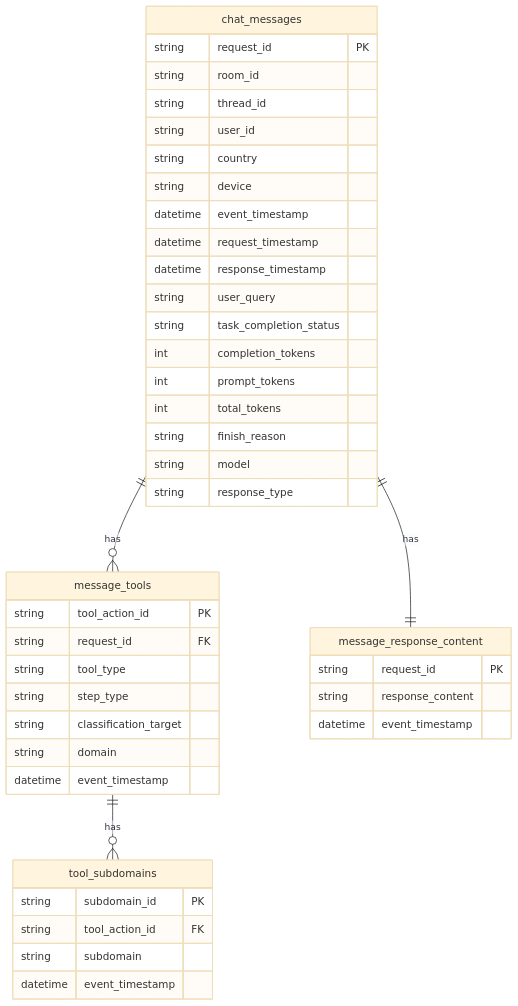
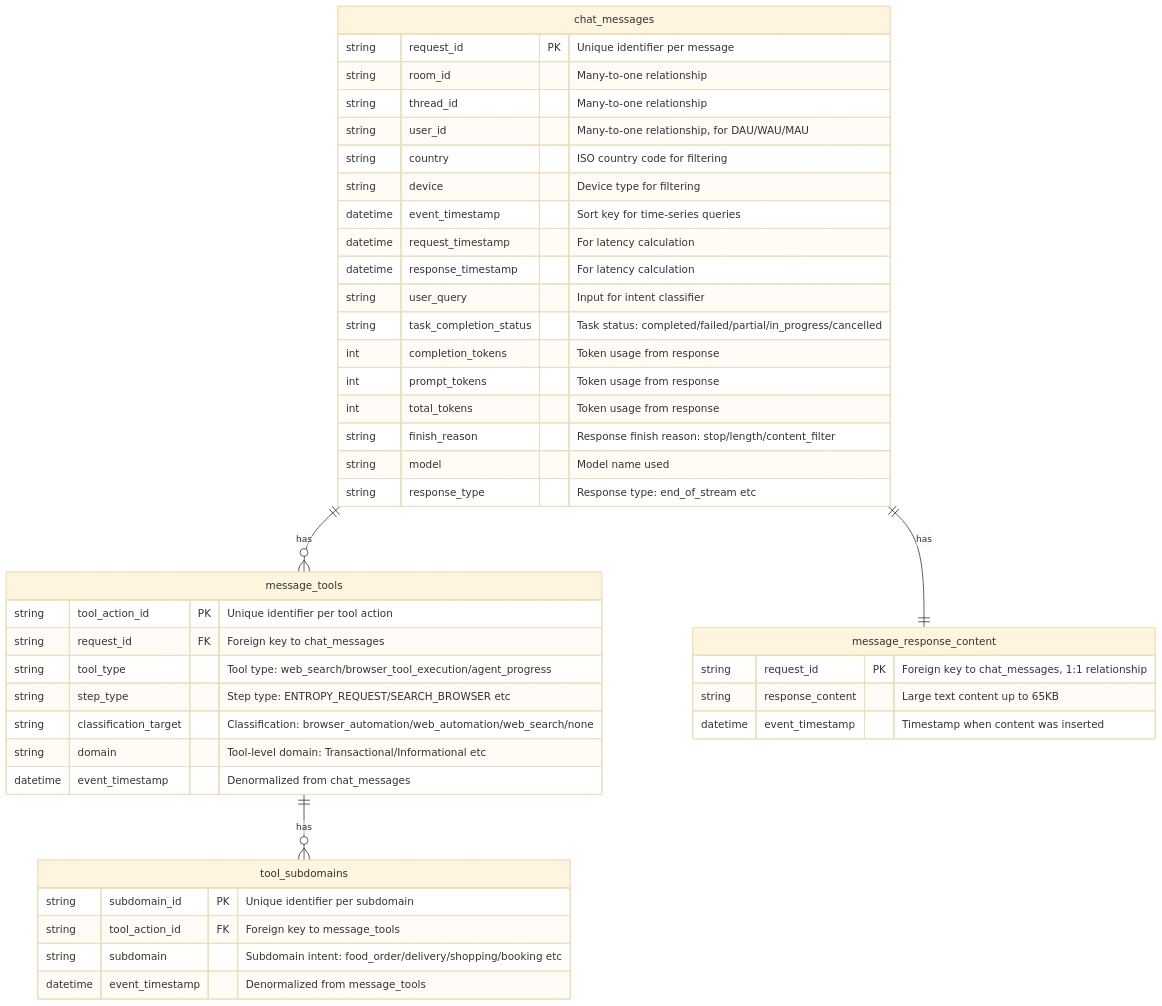
One commit to np3137/redshift_schema changed the diagram in ER_DIAGRAM.md. Above: the diagram before and after it, drawn with Mermaid (base theme). The commit also changed other lines of this file, not shown here.

````diff
--- a/ER_DIAGRAM.md
+++ b/ER_DIAGRAM.md
@@ -10,49 +10,49 @@
 ```mermaid
 erDiagram
     chat_messages {
-        string request_id PK
-        string room_id
-        string thread_id
-        string user_id
-        string country
-        string device
-        datetime event_timestamp
-        datetime request_timestamp
-        datetime response_timestamp
-        string user_query
-        string task_completion_status
-        int completion_tokens
-        int prompt_tokens
-        int total_tokens
-        string finish_reason
-        string model
-        string response_type
+        string request_id PK "Unique identifier per message"
+        string room_id "Many-to-one relationship"
+        string thread_id "Many-to-one relationship"
+        string user_id "Many-to-one relationship, for DAU/WAU/MAU"
+        string country "ISO country code for filtering"
+        string device "Device type for filtering"
+        datetime event_timestamp "Sort key for time-series queries"
+        datetime request_timestamp "For latency calculation"
+        datetime response_timestamp "For latency calculation"
+        string user_query "Input for intent classifier"
+        string task_completion_status "Task status: completed/failed/partial/in_progress/cancelled"
+        int completion_tokens "Token usage from response"
+        int prompt_tokens "Token usage from response"
+        int total_tokens "Token usage from response"
+        string finish_reason "Response finish reason: stop/length/content_filter"
+        string model "Model name used"
+        string response_type "Response type: end_of_stream etc"
     }
     
     message_tools {
-        string tool_action_id PK
-        string request_id FK
-        string tool_type
-        string step_type
-        string classification_target
-        string domain
-        datetime event_timestamp
+        string tool_action_id PK "Unique identifier per tool action"
+        string request_id FK "Foreign key to chat_messages"
+        string tool_type "Tool type: web_search/browser_tool_execution/agent_progress"
+        string step_type "Step type: ENTROPY_REQUEST/SEARCH_BROWSER etc"
+        string classification_target "Classification: browser_automation/web_automation/web_search/none"
+        string domain "Tool-level domain: Transactional/Informational etc"
+        datetime event_timestamp "Denormalized from chat_messages"
     }
     
     tool_subdomains {
-        string subdomain_id PK
-        string tool_action_id FK
-        string subdomain
-        datetime event_timestamp
+        string subdomain_id PK "Unique identifier per subdomain"
+        string tool_action_id FK "Foreign key to message_tools"
+        string subdomain "Subdomain intent: food_order/delivery/shopping/booking etc"
+        datetime event_timestamp "Denormalized from message_tools"
     }
     
     message_response_content {
-        string request_id PK
-        string response_content
-        datetime event_timestamp
+        string request_id PK "Foreign key to chat_messages, 1:1 relationship"
+        string response_content "Large text content up to 65KB"
+        datetime event_timestamp "Timestamp when content was inserted"
     }
     
     chat_messages ||--o{ message_tools : "has"
     chat_messages ||--|| message_response_content : "has"
     message_tools ||--o{ tool_subdomains : "has"
 ```
````
